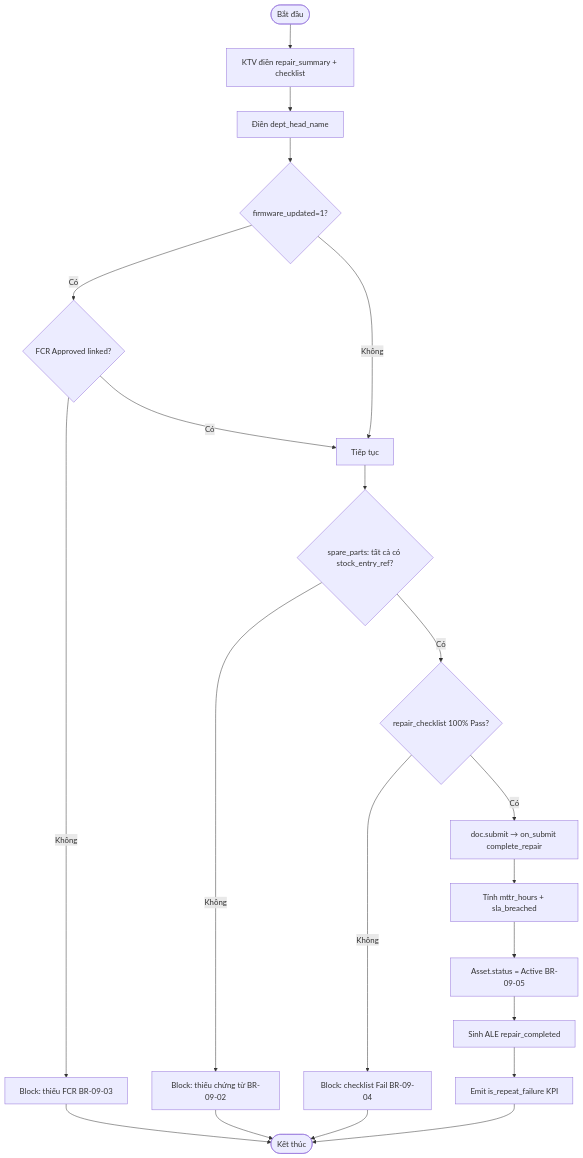
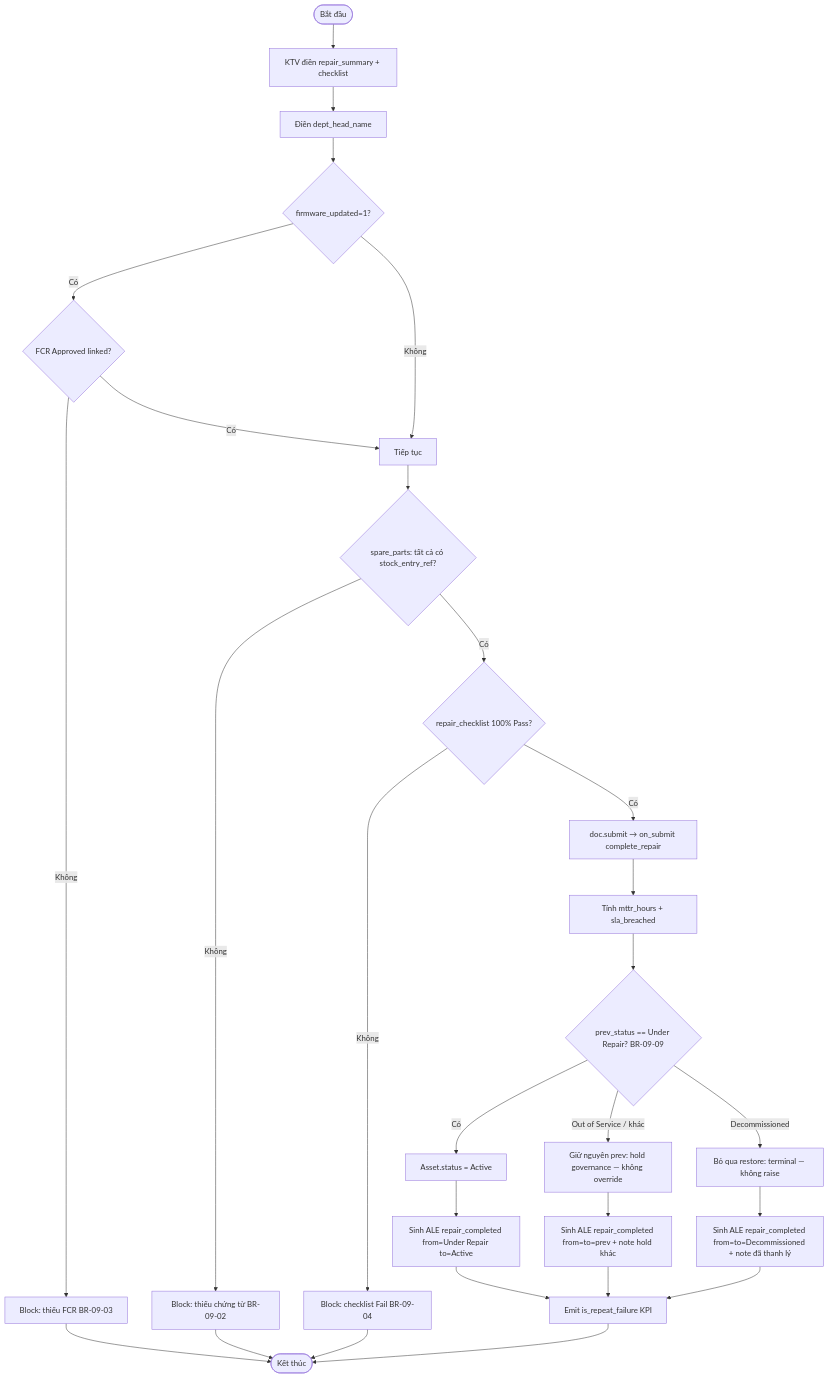
The second of 4 diagrams in docs/imm-09/02_Analysis_Design.md (mvl26/Assetcore), drawn with Mermaid before and after one commit. The commit also changed other lines of this file and 74 other files, not shown here.

````diff
--- a/docs/imm-09/02_Analysis_Design.md
+++ b/docs/imm-09/02_Analysis_Design.md
@@ -257,23 +257,30 @@
 ```mermaid
 flowchart TD
     Start([Bắt đầu]) --> A[KTV điền repair_summary + checklist]
     A --> B[Điền dept_head_name]
     B --> C{firmware_updated=1?}
     C -->|Có| D{FCR Approved linked?}
     D -->|Không| Err1[Block: thiếu FCR BR-09-03]
     D -->|Có| E[Tiếp tục]
     C -->|Không| E
     E --> F{spare_parts: tất cả có stock_entry_ref?}
     F -->|Không| Err2[Block: thiếu chứng từ BR-09-02]
     F -->|Có| G{repair_checklist 100% Pass?}
     G -->|Không| Err3[Block: checklist Fail BR-09-04]
     G -->|Có| H[doc.submit → on_submit complete_repair]
     H --> I[Tính mttr_hours + sla_breached]
-    I --> J[Asset.status = Active BR-09-05]
-    J --> K[Sinh ALE repair_completed]
+    I --> P{prev_status == Under Repair? BR-09-09}
+    P -->|Có| J[Asset.status = Active]
+    P -->|Out of Service / khác| J2[Giữ nguyên prev: hold governance — không override]
+    P -->|Decommissioned| J3[Bỏ qua restore: terminal — không raise]
+    J --> K[Sinh ALE repair_completed from=Under Repair to=Active]
+    J2 --> K2[Sinh ALE repair_completed from=to=prev + note hold khác]
+    J3 --> K3[Sinh ALE repair_completed from=to=Decommissioned + note đã thanh lý]
     K --> L[Emit is_repeat_failure KPI]
+    K2 --> L
+    K3 --> L
     L --> End([Kết thúc])
     Err1 --> End
     Err2 --> End
     Err3 --> End
 ```
````
